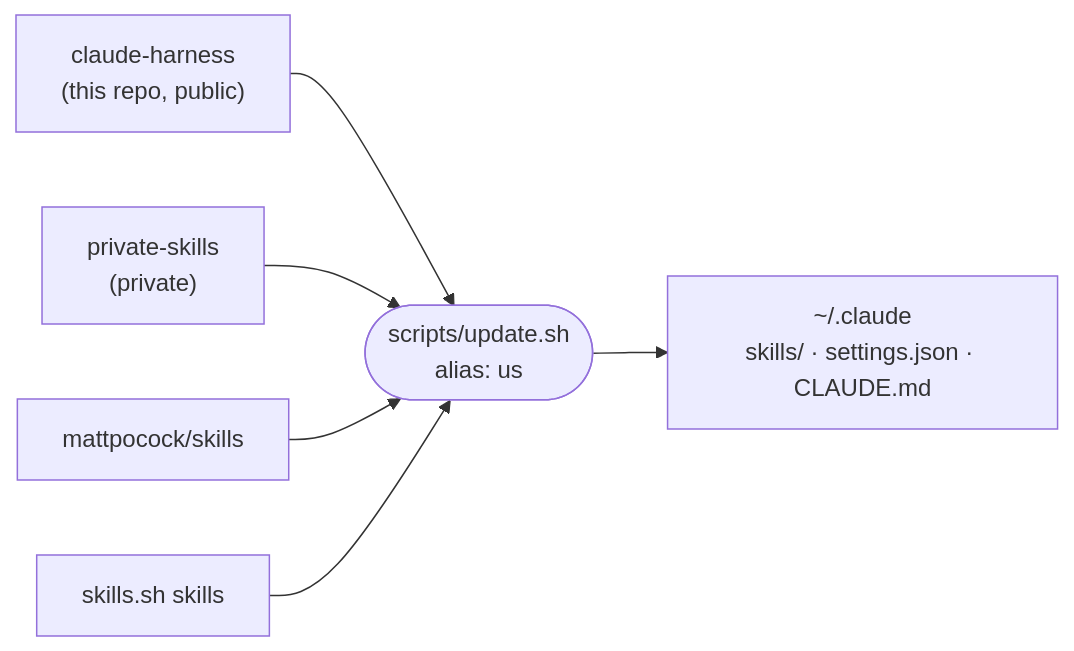
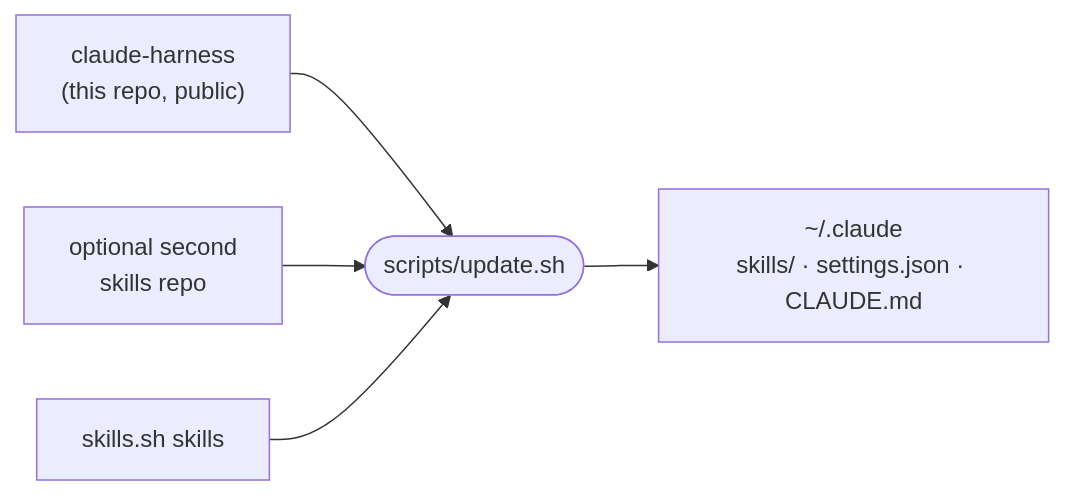
The diagram in README.md (araltiparmak/claude-harness), drawn with Mermaid before and after one commit. The commit also changed other lines of this file and 8 other files, not shown here.

````diff
--- a/README.md
+++ b/README.md
@@ -9,14 +9,12 @@
 ```mermaid
 flowchart LR
   H["claude-harness<br/>(this repo, public)"]
-  P["private-skills<br/>(private)"]
-  M["mattpocock/skills"]
+  P["optional second<br/>skills repo"]
   S["skills.sh skills"]
-  U(["scripts/update.sh<br/>alias: us"])
+  U(["scripts/update.sh"])
   C["~/.claude<br/>skills/ · settings.json · CLAUDE.md"]
   H --> U
   P --> U
-  M --> U
   S --> U
   U --> C
 ```
````
